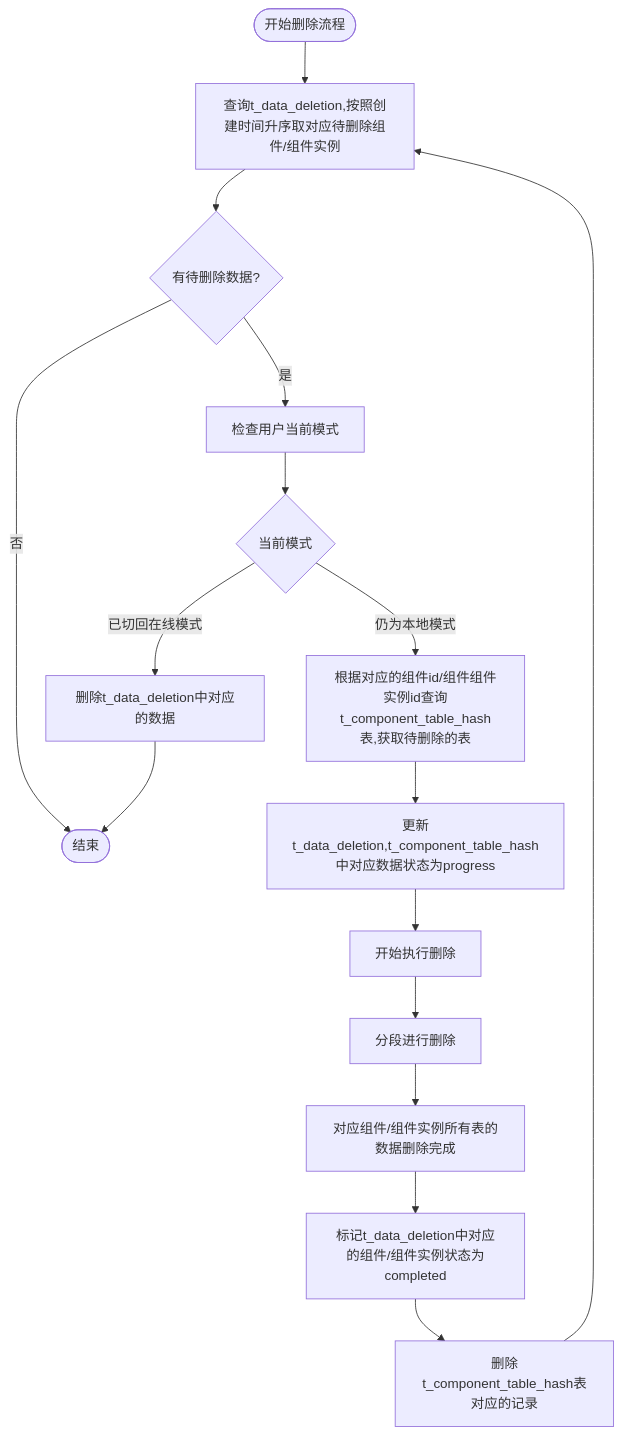
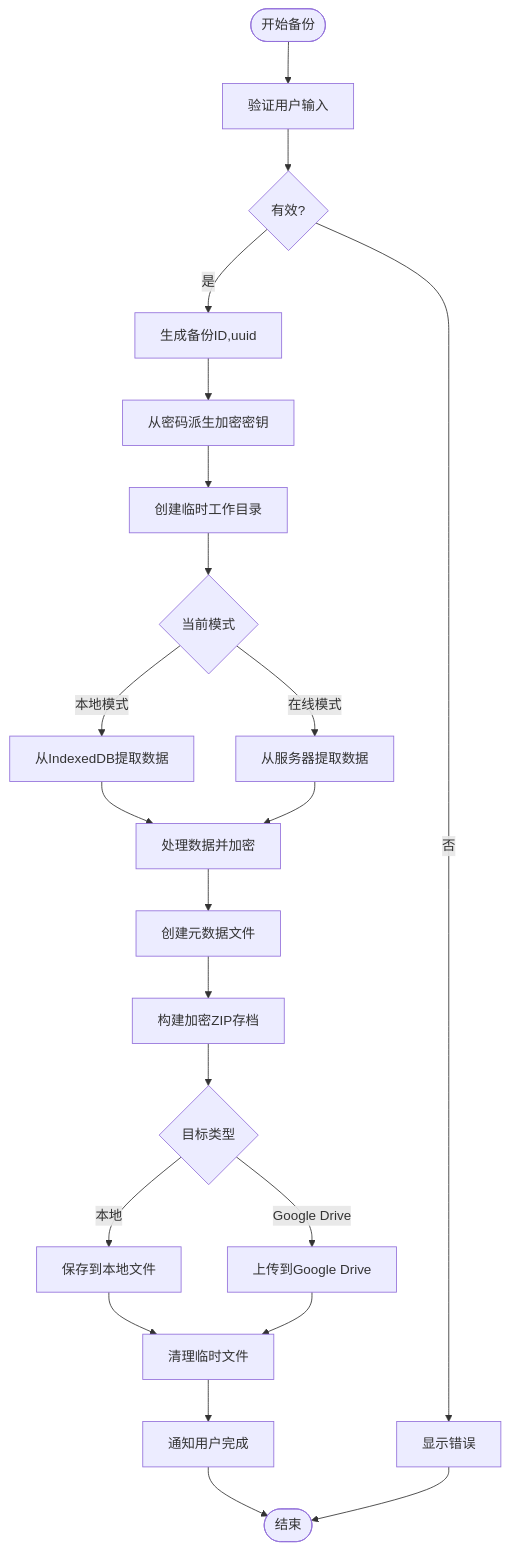
One commit to yingjianzh/iodraw-files changed the diagram in all/未命名-56.md. Above: the diagram before and after it, drawn with Mermaid.

Commit message:
2025-05-12 13:51:47 update

````diff
--- a/all/未命名-56.md
+++ b/all/未命名-56.md
@@ -1,27 +1,34 @@
 ```mermaid
 
 flowchart TD
-    Start([开始删除流程]) --> FetchTasks[查询t_data_deletion,按照创建时间升序取对应待删除组件/组件实例]
-    FetchTasks --> HasTasks{有待删除数据?}
+    Start([开始备份]) --> ValidateInput[验证用户输入]
+    ValidateInput --> InputValid{有效?}
+    InputValid -->|否| ShowError[显示错误]
+    InputValid -->|是| GenerateBackupID[生成备份ID,uuid]
     
-    HasTasks -->|否| End([结束])
-    HasTasks -->|是| CheckUserMode[检查用户当前模式]
+    GenerateBackupID --> DeriveKey[从密码派生加密密钥]
+    DeriveKey --> CreateTemp[创建临时工作目录]
     
-    CheckUserMode --> CurrentMode{当前模式}
-    CurrentMode -->|已切回在线模式| TaskCancel[删除t_data_deletion中对应的数据]
-    CurrentMode -->|仍为本地模式| LockTask[根据对应的组件id/组件组件实例id查询t_component_table_hash表,获取待删除的表]
+    CreateTemp --> CheckMode{当前模式}
+    CheckMode -->|本地模式| ExtractFromIndexedDB[从IndexedDB提取数据]
+    CheckMode -->|在线模式| ExtractFromServer[从服务器提取数据]
     
-    LockTask --> UpdateStatus[更新t_data_deletion,t_component_table_hash中对应数据状态为progress]
-    UpdateStatus --> BeginDeletion[开始执行删除]
+    ExtractFromIndexedDB --> ProcessData[处理数据并加密]
+    ExtractFromServer --> ProcessData
     
-    BeginDeletion --> A[分段进行删除]
+    ProcessData --> CreateMetadata[创建元数据文件]
+    CreateMetadata --> BuildArchive[构建加密ZIP存档]
     
-    A --> B[对应组件/组件实例所有表的数据删除完成]
-    B --> MarkCompleted[标记t_data_deletion中对应的组件/组件实例状态为completed]
+    BuildArchive --> DestinationType{目标类型}
+    DestinationType -->|本地| SaveToLocal[保存到本地文件]
+    DestinationType -->|Google Drive| UploadToGDrive[上传到Google Drive]
     
-    MarkCompleted --> MarkHash[删除t_component_table_hash表对应的记录]
+    SaveToLocal --> CleanupTemp[清理临时文件]
+    UploadToGDrive --> CleanupTemp
     
-    TaskCancel --> End
-    MarkHash --> FetchTasks
+    CleanupTemp --> NotifyUser[通知用户完成]
+    NotifyUser --> End([结束])
+    
+    ShowError --> End
 
 ```
````
